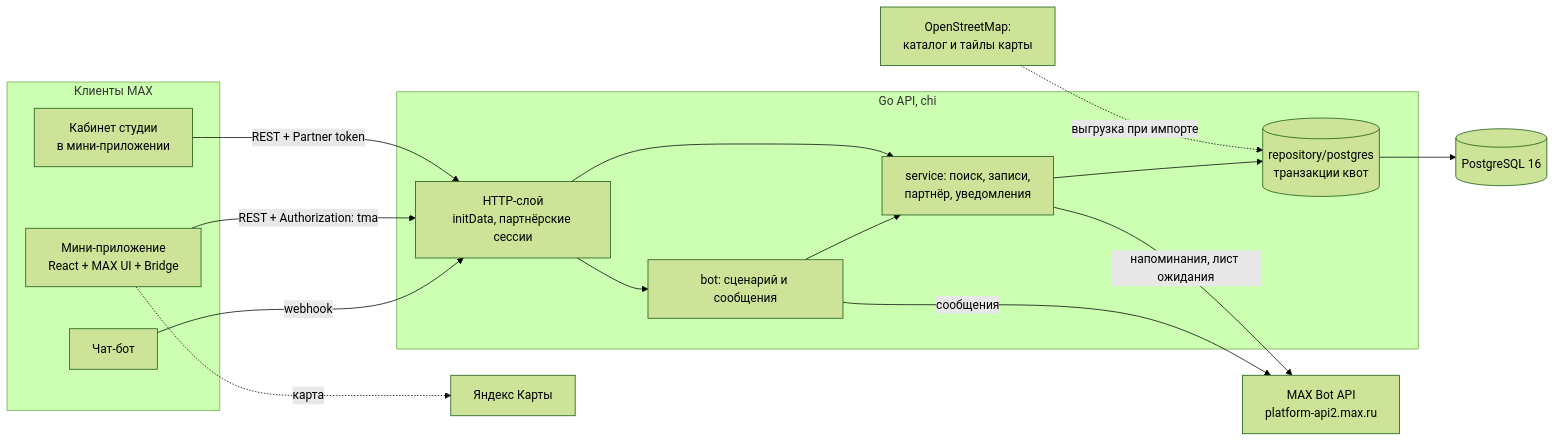
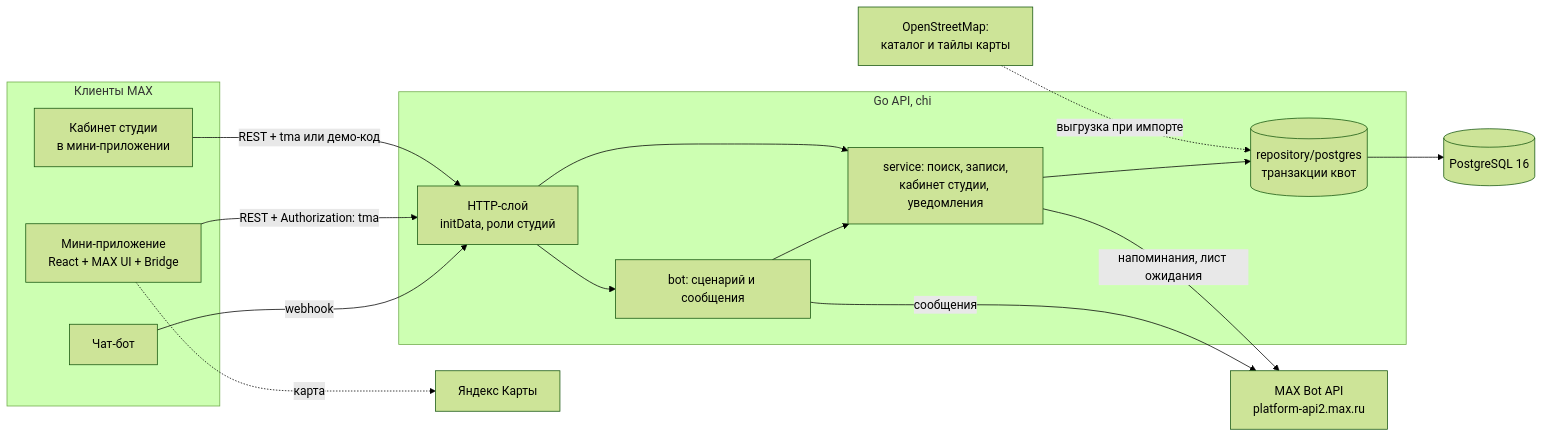
The fourth of 4 diagrams in README.md (GogaBalenci/sportslot), drawn with Mermaid (forest theme) before and after one commit. The commit also changed other lines of this file and 5 other files, not shown here.

````diff
--- a/README.md
+++ b/README.md
@@ -138,27 +167,27 @@
 ```mermaid
 flowchart LR
     subgraph MAX [Клиенты MAX]
         Bot[Чат-бот]
         App[Мини-приложение<br/>React + MAX UI + Bridge]
         Studio[Кабинет студии<br/>в мини-приложении]
     end
     subgraph API [Go API, chi]
-        H[HTTP-слой<br/>initData, партнёрские сессии]
+        H[HTTP-слой<br/>initData, роли студий]
         BotFlow[bot: сценарий и сообщения]
-        S[service: поиск, записи,<br/>партнёр, уведомления]
+        S[service: поиск, записи,<br/>кабинет студии, уведомления]
         Store[(repository/postgres<br/>транзакции квот)]
     end
     DB[(PostgreSQL 16)]
     MaxAPI[MAX Bot API<br/>platform-api2.max.ru]
     OSM[OpenStreetMap:<br/>каталог и тайлы карты]
 
     Bot -- webhook --> H
     App -- REST + Authorization: tma --> H
-    Studio -- REST + Partner token --> H
+    Studio -- REST + tma или демо-код --> H
     H --> BotFlow --> S
     H --> S --> Store --> DB
     BotFlow -- сообщения --> MaxAPI
     S -- напоминания, лист ожидания --> MaxAPI
     OSM -. выгрузка при импорте .-> Store
     App -. карта .-> YMaps[Яндекс Карты]
 ```
````
